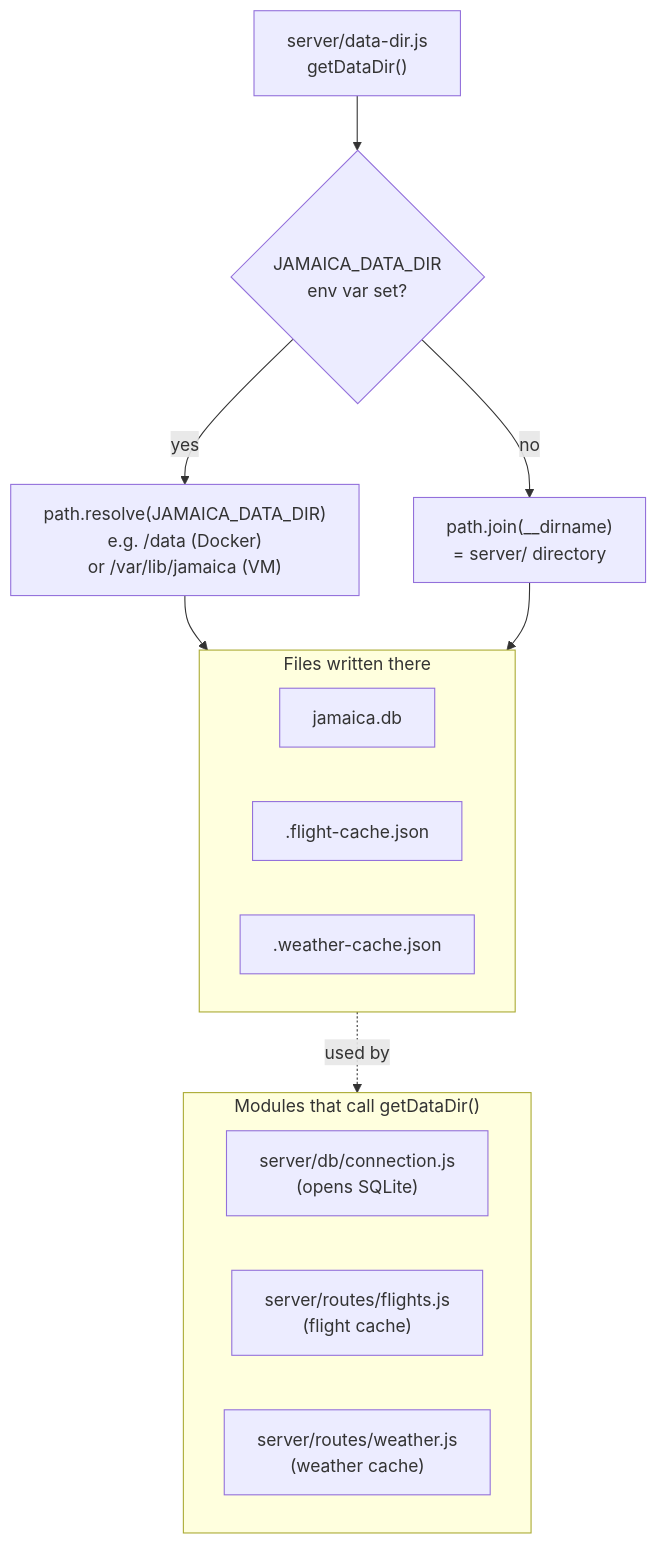
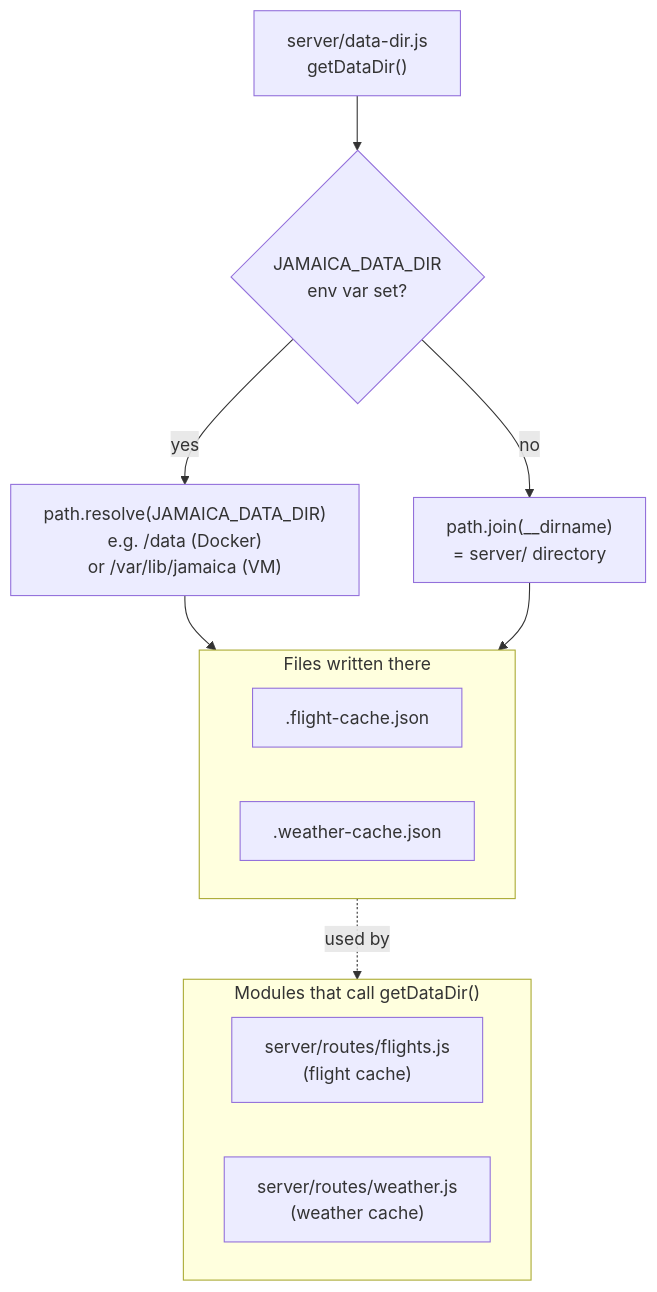
The fourth of 4 diagrams in docs/BUILD-PROCESS-DIAGRAM.md (becomeonewiththecode/jamaica-parish-explorer), drawn with Mermaid before and after one commit. The commit also changed other lines of this file and 54 other files, not shown here.

````diff
--- a/docs/BUILD-PROCESS-DIAGRAM.md
+++ b/docs/BUILD-PROCESS-DIAGRAM.md
@@ -155,27 +160,25 @@
 ```mermaid
 flowchart TD
   DD["server/data-dir.js\ngetDataDir()"]
 
   Env{"JAMAICA_DATA_DIR\nenv var set?"}
   DD --> Env
 
   Env -->|"yes"| Custom["path.resolve(JAMAICA_DATA_DIR)\ne.g. /data (Docker)\nor /var/lib/jamaica (VM)"]
   Env -->|"no"| Default["path.join(__dirname)\n= server/ directory"]
 
   subgraph Files["Files written there"]
-    F1["jamaica.db"]
-    F2[".flight-cache.json"]
-    F3[".weather-cache.json"]
+    F1[".flight-cache.json"]
+    F2[".weather-cache.json"]
   end
 
   Custom --> Files
   Default --> Files
 
   subgraph Callers["Modules that call getDataDir()"]
-    C1["server/db/connection.js\n(opens SQLite)"]
-    C2["server/routes/flights.js\n(flight cache)"]
-    C3["server/routes/weather.js\n(weather cache)"]
+    C1["server/routes/flights.js\n(flight cache)"]
+    C2["server/routes/weather.js\n(weather cache)"]
   end
 
   Files -.->|"used by"| Callers
 ```
````
